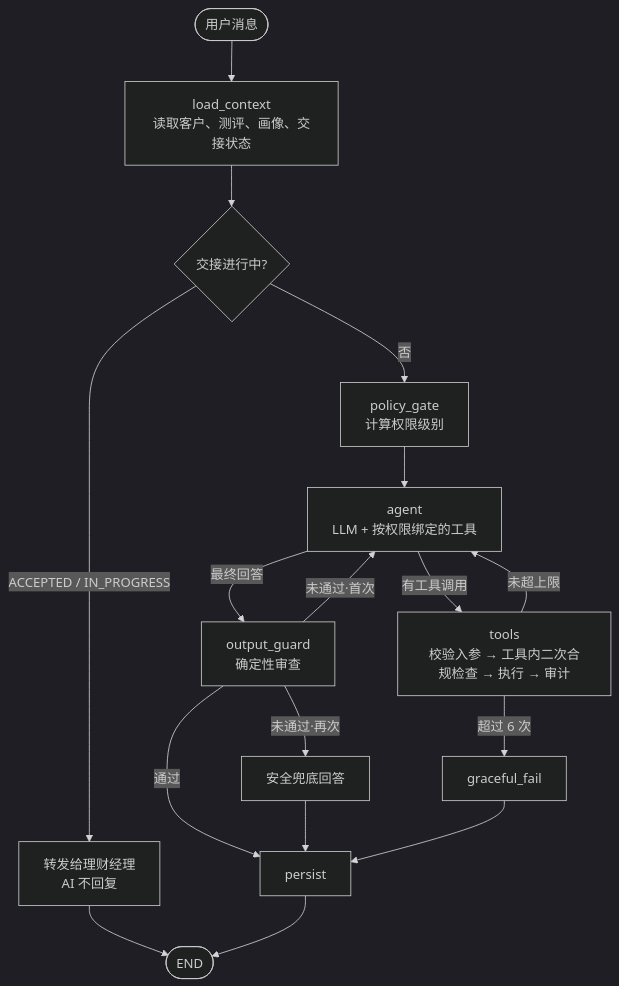
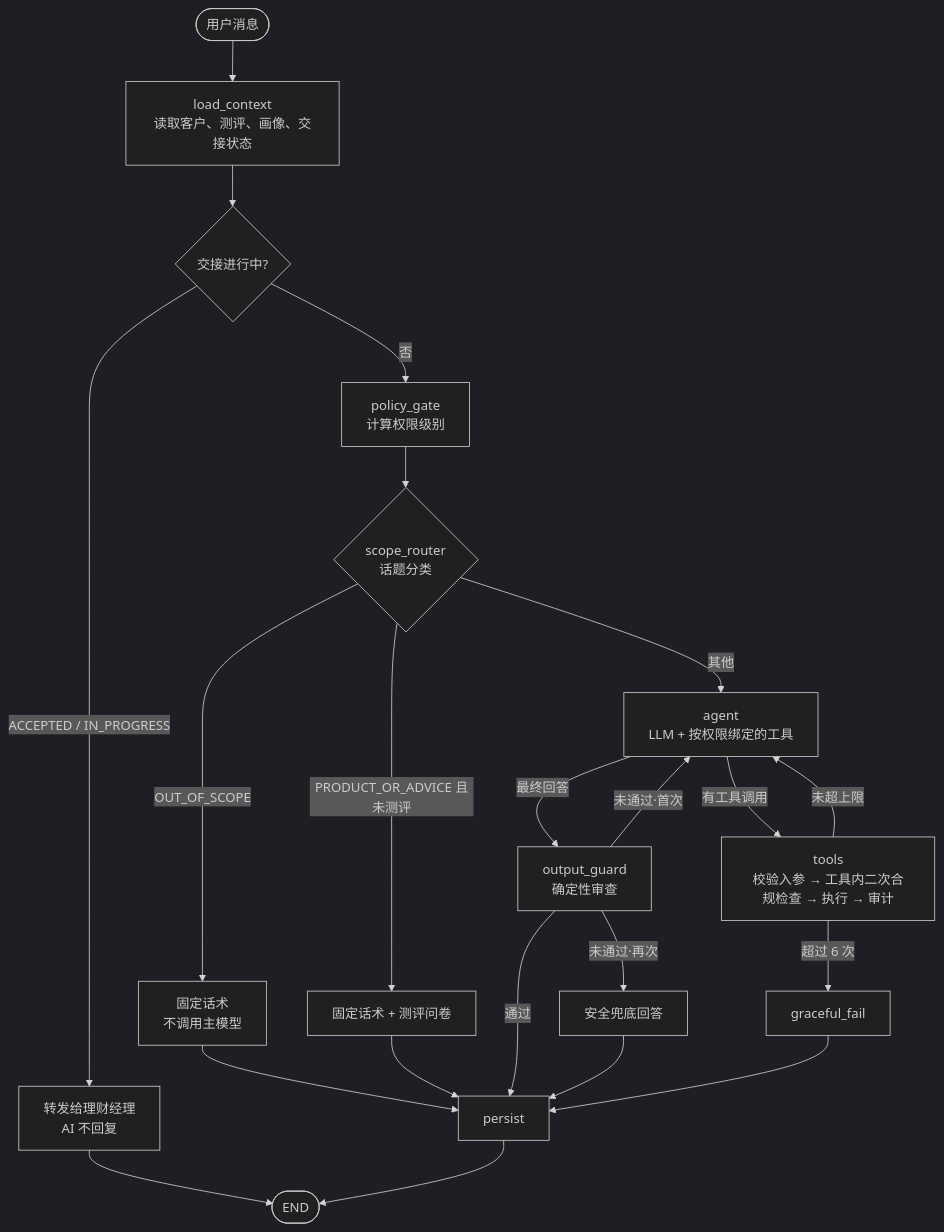
One commit to Zeye430/WealthPilot_Agent changed the second of 4 diagrams in docs/ARCHITECTURE.md. Above: the diagram before and after it, drawn with Mermaid (dark theme). The commit also changed other lines of this file and 3 other files, not shown here.

First line of the commit message:
docs: record pre-assessment scope and over-rating product decisions

````diff
--- a/docs/ARCHITECTURE.md
+++ b/docs/ARCHITECTURE.md
@@ -84,17 +87,20 @@
 ```mermaid
 flowchart TD
     S([用户消息]) --> L[load_context<br/>读取客户、测评、画像、交接状态]
     L --> H{交接进行中?}
     H -->|ACCEPTED / IN_PROGRESS| RMQ[转发给理财经理<br/>AI 不回复] --> E([END])
     H -->|否| GATE[policy_gate<br/>计算权限级别]
-    GATE --> A[agent<br/>LLM + 按权限绑定的工具]
+    GATE --> R{scope_router<br/>话题分类}
+    R -->|OUT_OF_SCOPE| TPL[固定话术<br/>不调用主模型] --> PS
+    R -->|PRODUCT_OR_ADVICE 且未测评| ASK[固定话术 + 测评问卷] --> PS
+    R -->|其他| A[agent<br/>LLM + 按权限绑定的工具]
     A -->|有工具调用| T[tools<br/>校验入参 → 工具内二次合规检查 → 执行 → 审计]
     T -->|未超上限| A
     T -->|超过 6 次| F[graceful_fail]
     A -->|最终回答| O[output_guard<br/>确定性审查]
     O -->|通过| PS[persist]
     O -->|未通过·首次| A
     O -->|未通过·再次| SAFE[安全兜底回答] --> PS
     F --> PS
     PS --> E
 ```
````
